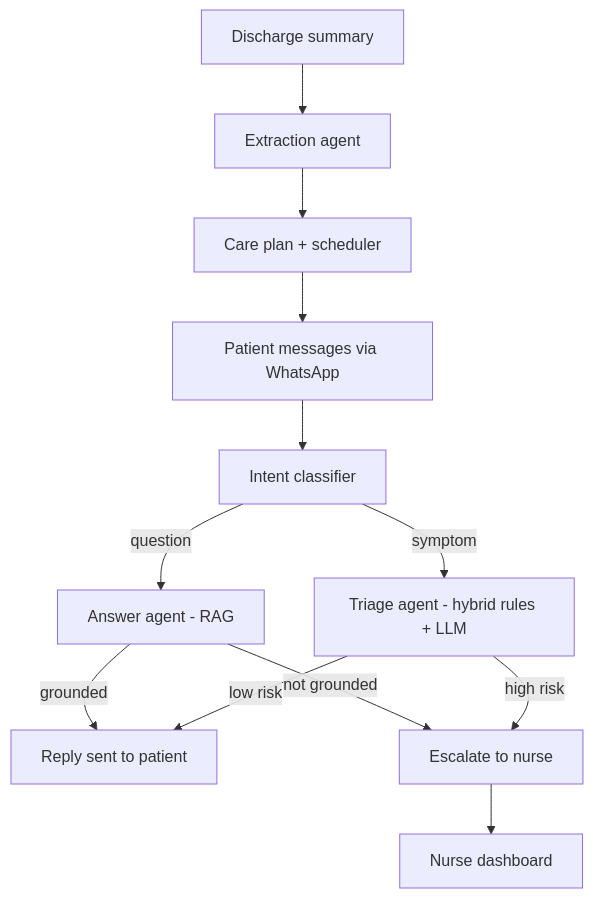
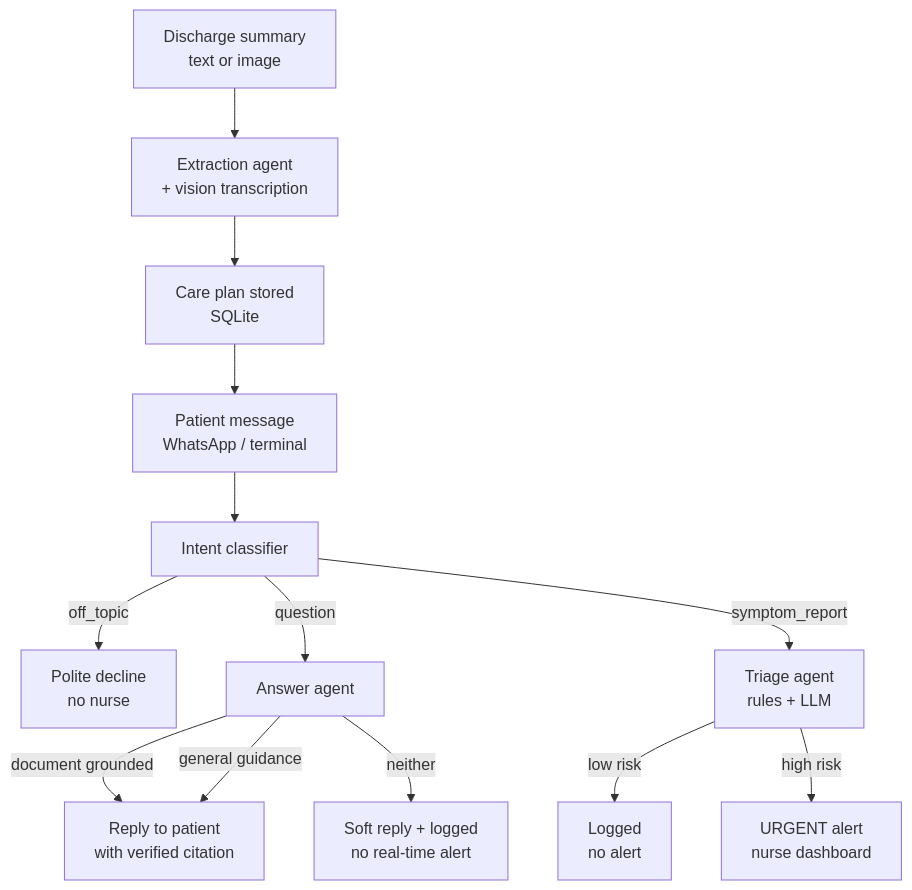
One commit to CodePokemon-p/post-discharge-assistant changed the diagram in README.md. Above: the diagram before and after it, drawn with Mermaid. The commit also changed other lines of this file, not shown here.

Commit message:
Rewrite README: tiered escalation, three-way intent, verified citations, documented bugs

````diff
--- a/README.md
+++ b/README.md
@@ -11,14 +11,15 @@
 ```mermaid
 flowchart TD
-    A[Discharge summary] --> B[Extraction agent]
-    B --> C[Care plan + scheduler]
-    C --> D[Patient messages via WhatsApp]
+    A[Discharge summary<br/>text or image] --> B[Extraction agent<br/>+ vision transcription]
+    B --> C[Care plan stored<br/>SQLite]
+    C --> D[Patient message<br/>WhatsApp / terminal]
     D --> E[Intent classifier]
-    E -->|question| F[Answer agent - RAG]
-    E -->|symptom| G[Triage agent - hybrid rules + LLM]
-    F -->|grounded| H[Reply sent to patient]
-    F -->|not grounded| I[Escalate to nurse]
-    G -->|low risk| H
-    G -->|high risk| I
-    I --> J[Nurse dashboard]
+    E -->|off_topic| F[Polite decline<br/>no nurse]
+    E -->|question| G[Answer agent]
+    E -->|symptom_report| H[Triage agent<br/>rules + LLM]
+    G -->|document grounded| I[Reply to patient<br/>with verified citation]
+    G -->|general guidance| I
+    G -->|neither| J[Soft reply + logged<br/>no real-time alert]
+    H -->|low risk| K[Logged<br/>no alert]
+    H -->|high risk| L[URGENT alert<br/>nurse dashboard]
 ```
````
